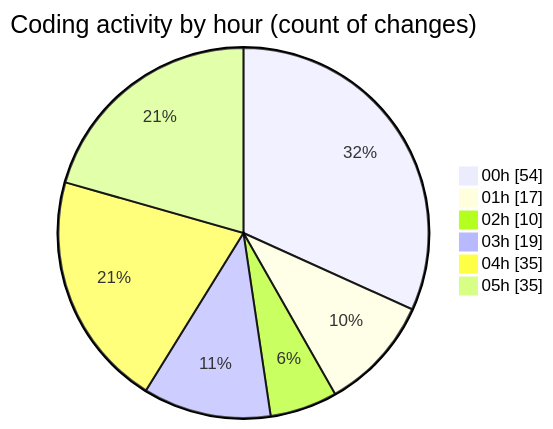
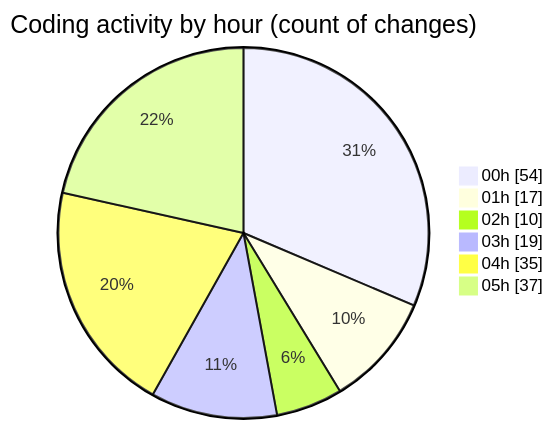
One commit to lephambinh05/code-tracking changed the second of 2 diagrams in 2025-07-26/quanlyrapchieuphim-1/README.md. Above: the diagram before and after it, drawn with Mermaid. The commit also changed other lines of this file and 1 other file, not shown here.

````diff
--- a/2025-07-26/quanlyrapchieuphim-1/README.md
+++ b/2025-07-26/quanlyrapchieuphim-1/README.md
@@ -53,10 +53,10 @@
 ```mermaid
 pie showData
 title Coding activity by hour (count of changes)
 "00h" : 54
 "01h" : 17
 "02h" : 10
 "03h" : 19
 "04h" : 35
-"05h" : 35
+"05h" : 37
 ```
````
